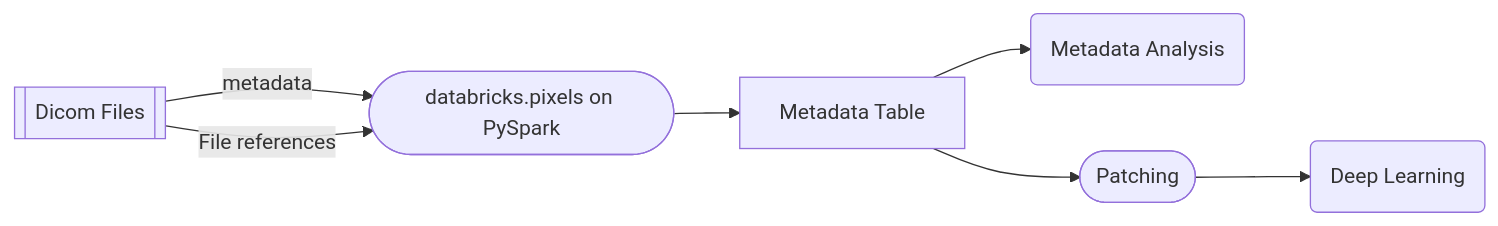
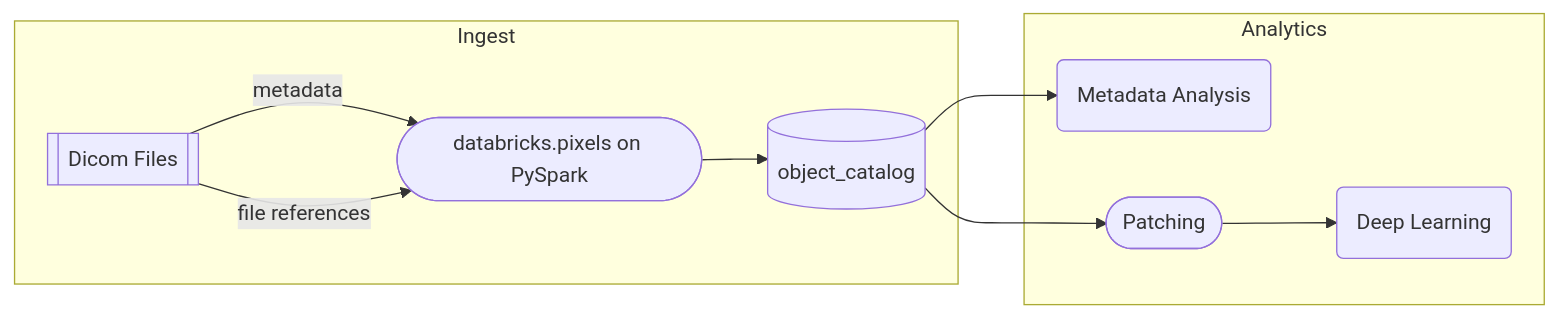
The diagram in README.md (databricks-industry-solutions/pixels), drawn with Mermaid before and after one commit.

Commit message:
update flowchart
enrich flowchart diagraph with table name and sub-graphs denoting ingest and analytics process

````diff
--- a/README.md
+++ b/README.md
@@ -28,10 +28,14 @@
 ```mermaid
 flowchart LR
 
-A[[Dicom Files]] -->|metadata| B([databricks.pixels on PySpark])
-B --> C[Metadata Table]
-A -->|File references|B
-C --> D(Metadata Analysis)
-C --> E([Patching])
-E --> F(Deep Learning)
+subgraph Ingest
+  A[[Dicom Files]] -->|metadata| B([databricks.pixels on PySpark])
+  B --> C[(object_catalog)]
+  A -->|file references|B
+end
+subgraph Analytics
+  C --> D(Metadata Analysis)
+  C --> E([Patching])
+  E --> F(Deep Learning)
+end
 ```
````
